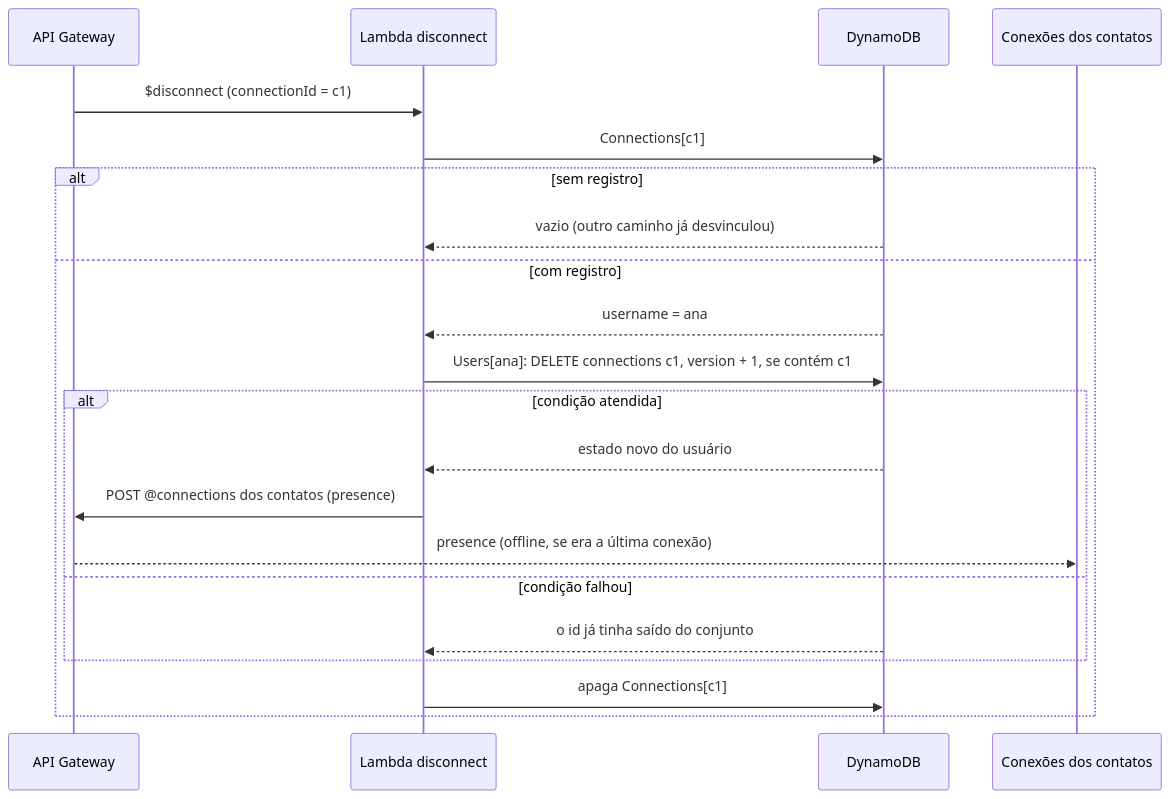
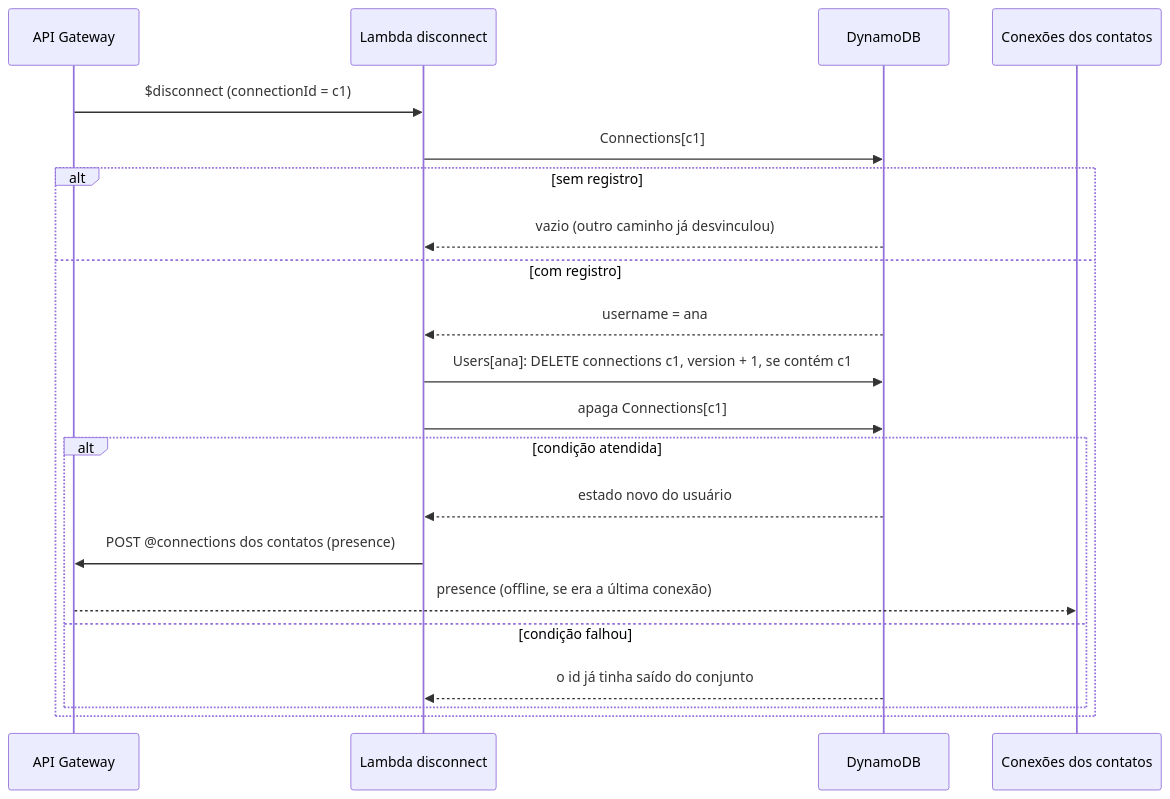
The fourth of 4 diagrams in docs/sessao.md (felipdsa21/hub-websocket-sd), drawn with Mermaid before and after one commit. The commit also changed other lines of this file and 5 other files, not shown here.

````diff
--- a/docs/sessao.md
+++ b/docs/sessao.md
@@ -147,24 +147,24 @@
 ```mermaid
 sequenceDiagram
     participant G as API Gateway
     participant L as Lambda disconnect
     participant D as DynamoDB
     participant K as Conexões dos contatos
 
     G->>L: $disconnect (connectionId = c1)
     L->>D: Connections[c1]
     alt sem registro
         D-->>L: vazio (outro caminho já desvinculou)
     else com registro
         D-->>L: username = ana
         L->>D: Users[ana]: DELETE connections c1, version + 1, se contém c1
+        L->>D: apaga Connections[c1]
         alt condição atendida
             D-->>L: estado novo do usuário
             L->>G: POST @connections dos contatos (presence)
             G-->>K: presence (offline, se era a última conexão)
         else condição falhou
             D-->>L: o id já tinha saído do conjunto
         end
-        L->>D: apaga Connections[c1]
     end
 ```
````
